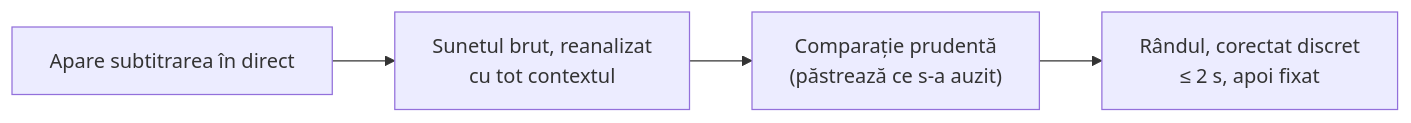
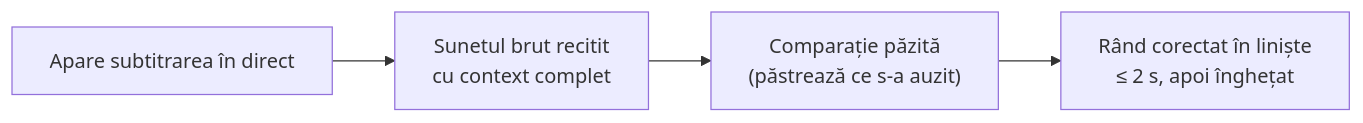
One commit to rpalm01-star/VigilantEarLegal changed the third of 4 diagrams in README_ro.md. Above: the diagram before and after it, drawn with Mermaid. The commit also changed other lines of this file and 14 other files, not shown here.

````diff
--- a/README_ro.md
+++ b/README_ro.md
@@ -168,4 +187,4 @@
 ```mermaid
 graph LR
-    L["Apare subtitrarea în direct"] --> K["Sunetul brut, reanalizat<br/>cu tot contextul"] --> V["Comparație prudentă<br/>(păstrează ce s-a auzit)"] --> W["Rândul, corectat discret<br/>≤ 2 s, apoi fixat"]
+    L["Apare subtitrarea în direct"] --> K["Sunetul brut recitit<br/>cu context complet"] --> V["Comparație păzită<br/>(păstrează ce s-a auzit)"] --> W["Rând corectat în liniște<br/>≤ 2 s, apoi înghețat"]
 ```
````
